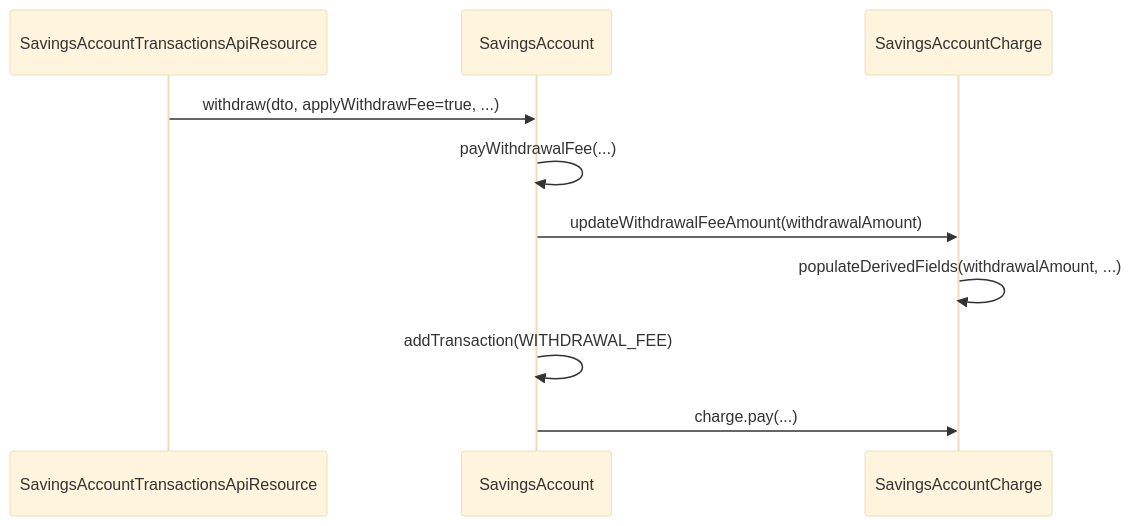
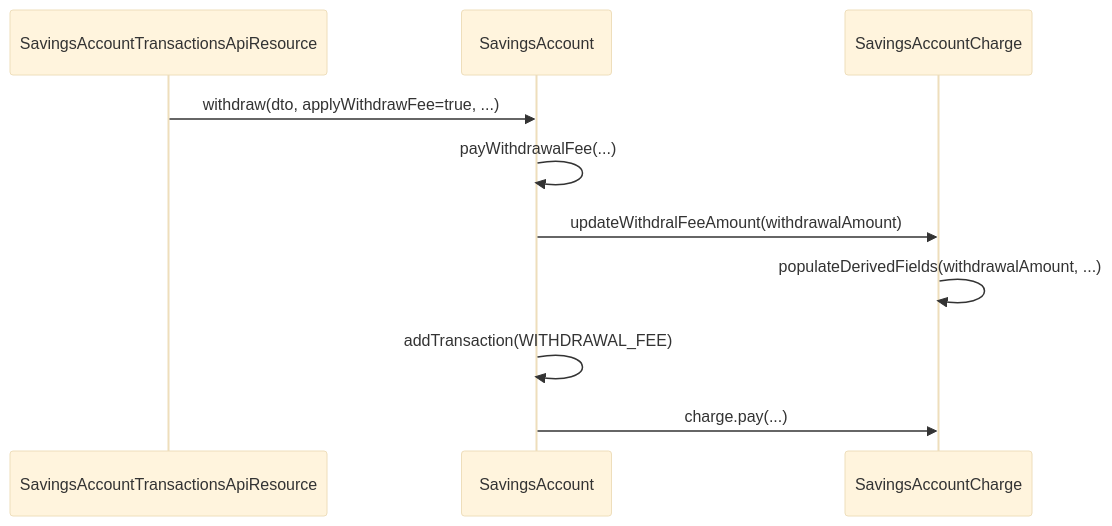
One commit to mintlify-atlas/docs-wiki-31b07890 changed the third of 5 diagrams in savings/charges-on-savings.mdx. Above: the diagram before and after it, drawn with Mermaid (base theme). The commit also changed other lines of this file and 115 other files, not shown here.

````diff
--- a/savings/charges-on-savings.mdx
+++ b/savings/charges-on-savings.mdx
@@ -254,12 +254,12 @@
 ```mermaid
 sequenceDiagram
   participant API as SavingsAccountTransactionsApiResource
   participant SA as SavingsAccount
   participant Charge as SavingsAccountCharge
   API->>SA: withdraw(dto, applyWithdrawFee=true, ...)
   SA->>SA: payWithdrawalFee(...)
-  SA->>Charge: updateWithdrawalFeeAmount(withdrawalAmount)
+  SA->>Charge: updateWithdralFeeAmount(withdrawalAmount)
   Charge->>Charge: populateDerivedFields(withdrawalAmount, ...)
   SA->>SA: addTransaction(WITHDRAWAL_FEE)
   SA->>Charge: charge.pay(...)
 ```
````
